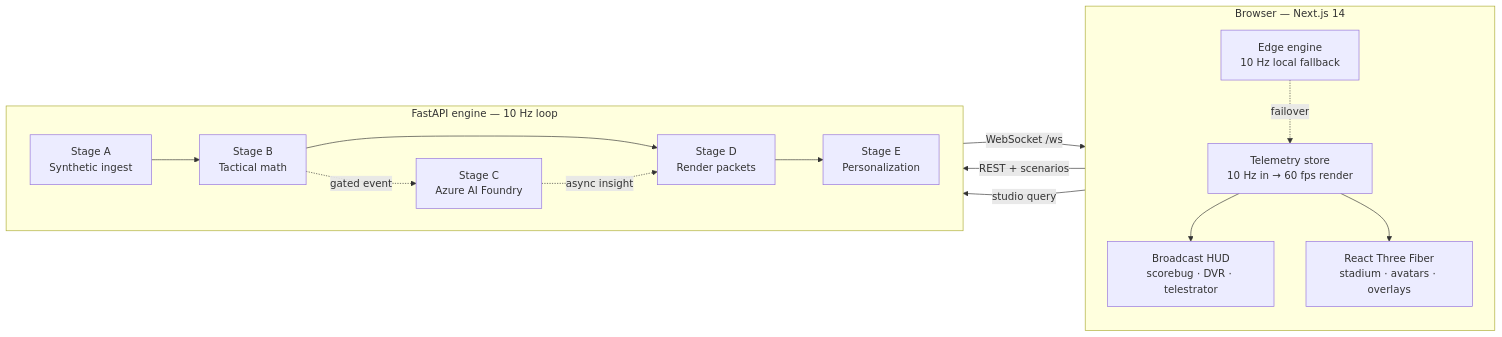
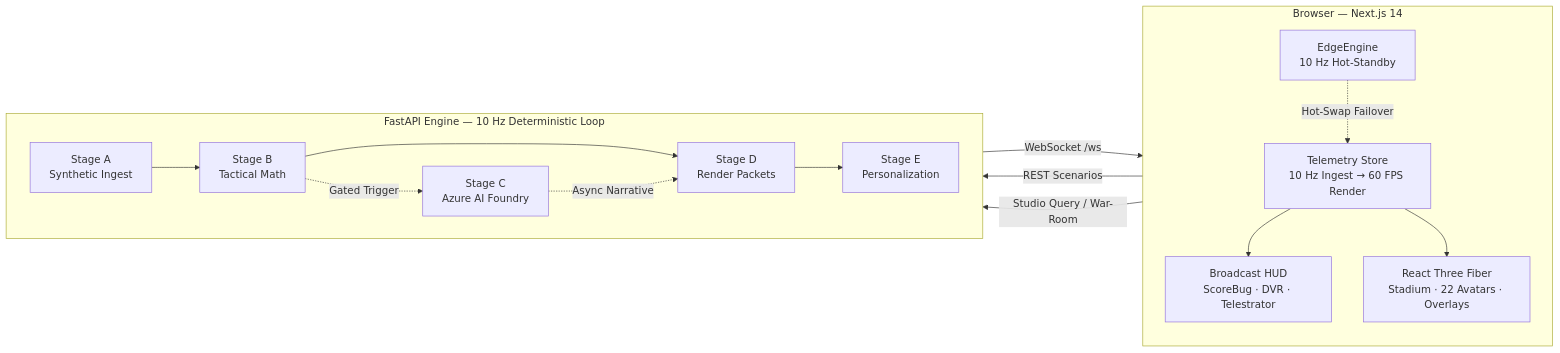
One commit to shashankh3/aether-pitch changed the diagram in README.md. Above: the diagram before and after it, drawn with Mermaid. The commit also changed other lines of this file, not shown here.

````diff
--- a/README.md
+++ b/README.md
@@ -313,26 +128,26 @@
 ```mermaid
 flowchart LR
     subgraph Browser["Browser — Next.js 14"]
         direction TB
-        HUD["Broadcast HUD\nscorebug · DVR · telestrator"]
-        Scene["React Three Fiber\nstadium · avatars · overlays"]
-        Store["Telemetry store\n10 Hz in → 60 fps render"]
-        Edge["Edge engine\n10 Hz local fallback"]
+        HUD["Broadcast HUD\nScoreBug · DVR · Telestrator"]
+        Scene["React Three Fiber\nStadium · 22 Avatars · Overlays"]
+        Store["Telemetry Store\n10 Hz Ingest → 60 FPS Render"]
+        Edge["EdgeEngine\n10 Hz Hot-Standby"]
         Store --> Scene
         Store --> HUD
-        Edge -. failover .-> Store
+        Edge -. Hot-Swap Failover .-> Store
     end
 
-    subgraph Backend["FastAPI engine — 10 Hz loop"]
+    subgraph Backend["FastAPI Engine — 10 Hz Deterministic Loop"]
         direction LR
-        A["Stage A\nSynthetic ingest"] --> B["Stage B\nTactical math"]
-        B --> D["Stage D\nRender packets"]
-        B -. gated event .-> C["Stage C\nAzure AI Foundry"]
-        C -. async insight .-> D
+        A["Stage A\nSynthetic Ingest"] --> B["Stage B\nTactical Math"]
+        B --> D["Stage D\nRender Packets"]
+        B -. Gated Trigger .-> C["Stage C\nAzure AI Foundry"]
+        C -. Async Narrative .-> D
         D --> E["Stage E\nPersonalization"]
     end
 
     E -->|WebSocket /ws| Store
-    HUD -->|REST + scenarios| A
-    HUD -->|studio query| C
+    HUD -->|REST Scenarios| A
+    HUD -->|Studio Query / War-Room| C
 ```
````
